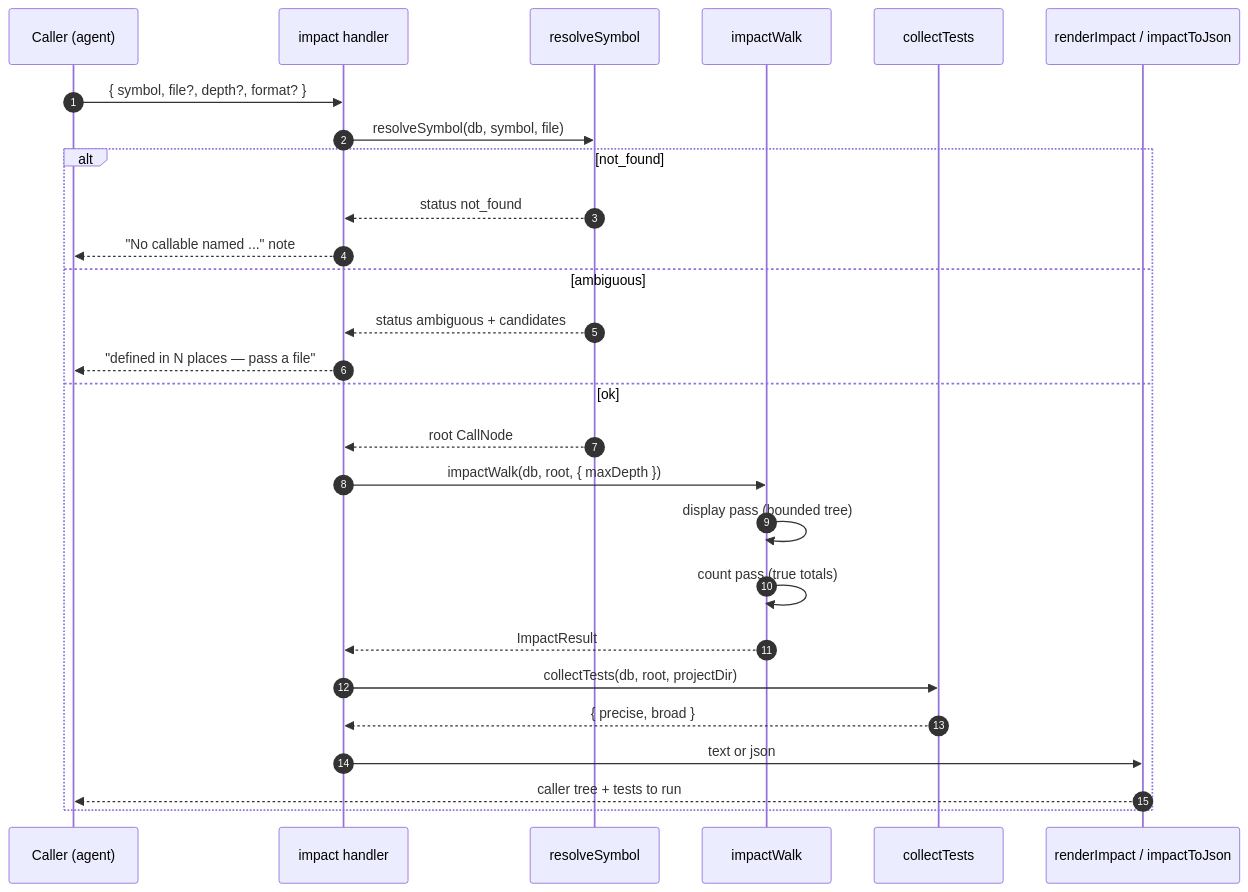
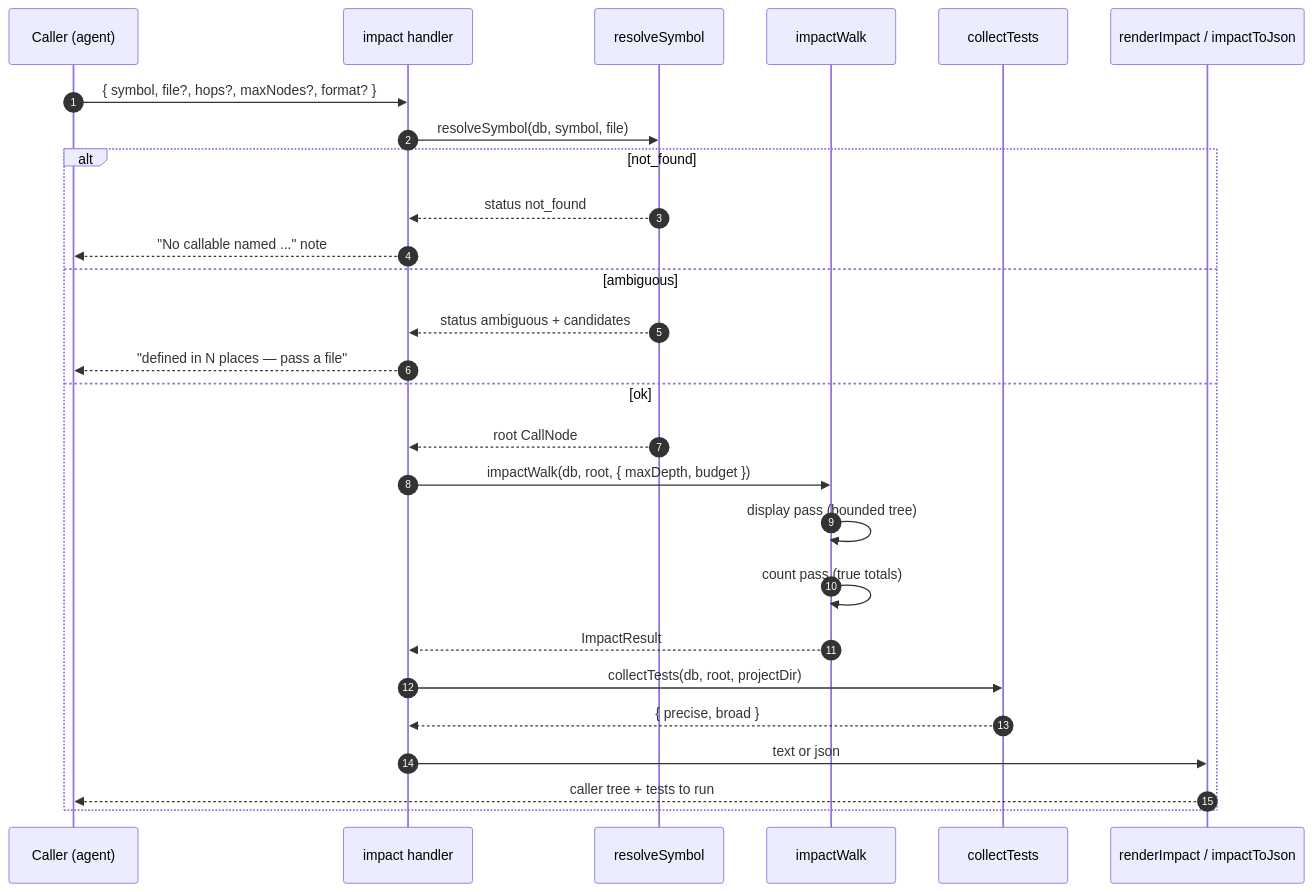
One commit to TheWinci/mimirs changed the diagram in wiki/tools/impact.md. Above: the diagram before and after it, drawn with Mermaid. The commit also changed other lines of this file and 58 other files, not shown here.

````diff
--- a/wiki/tools/impact.md
+++ b/wiki/tools/impact.md
@@ -9,30 +9,30 @@
 ```mermaid
 sequenceDiagram
     autonumber
     participant Caller as Caller (agent)
     participant Tool as impact handler
     participant Resolve as resolveSymbol
     participant Walk as impactWalk
     participant Tests as collectTests
     participant Render as renderImpact / impactToJson
 
-    Caller->>Tool: { symbol, file?, depth?, format? }
+    Caller->>Tool: { symbol, file?, hops?, maxNodes?, format? }
     Tool->>Resolve: resolveSymbol(db, symbol, file)
     alt not_found
         Resolve-->>Tool: status not_found
         Tool-->>Caller: "No callable named ..." note
     else ambiguous
         Resolve-->>Tool: status ambiguous + candidates
         Tool-->>Caller: "defined in N places — pass a file"
     else ok
         Resolve-->>Tool: root CallNode
-        Tool->>Walk: impactWalk(db, root, { maxDepth })
+        Tool->>Walk: impactWalk(db, root, { maxDepth, budget })
         Walk->>Walk: display pass (bounded tree)
         Walk->>Walk: count pass (true totals)
         Walk-->>Tool: ImpactResult
         Tool->>Tests: collectTests(db, root, projectDir)
         Tests-->>Tool: { precise, broad }
         Tool->>Render: text or json
         Render-->>Caller: caller tree + tests to run
     end
 ```
````
